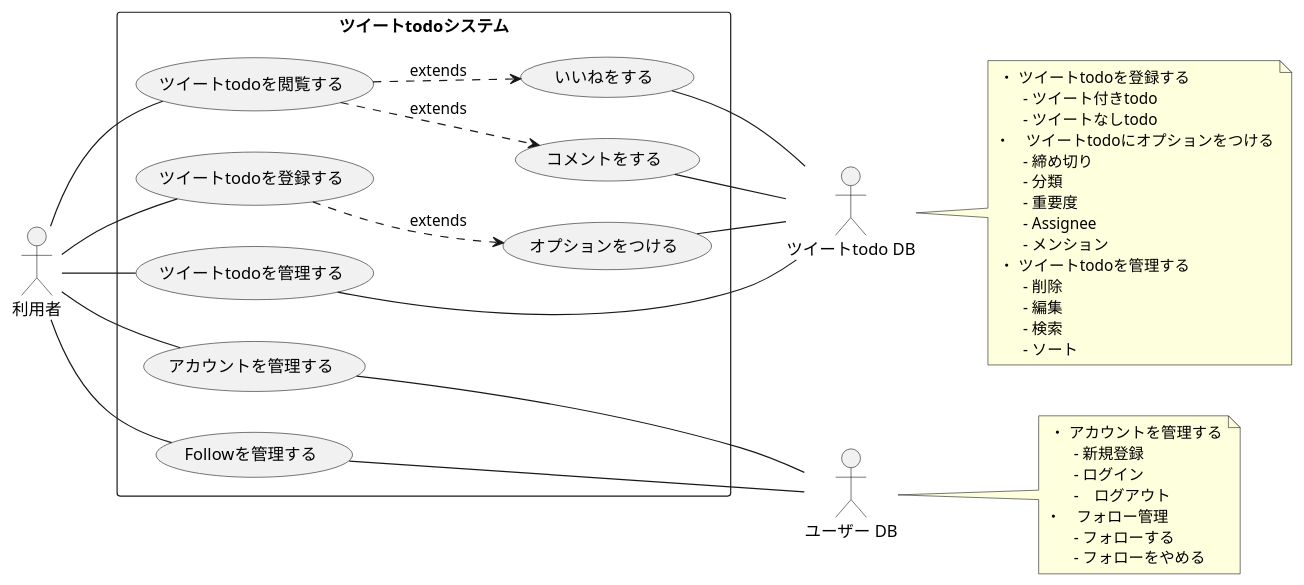
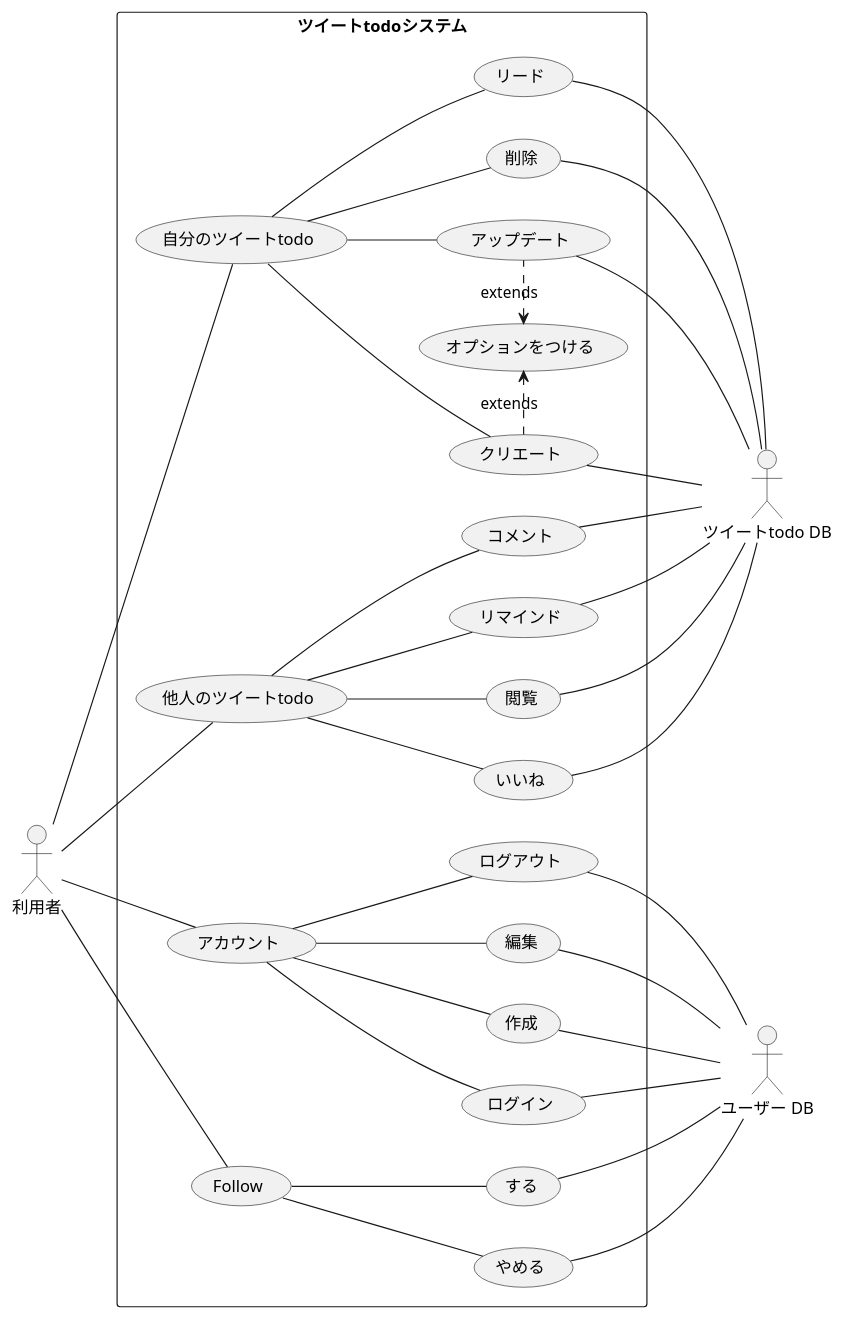
One commit to op19-it-edu/base-docs changed the diagram in use_case.pu. Above: the diagram before and after it, drawn with PlantUML. The commit also changed 2 other files, not shown here.

```diff
--- a/use_case.pu
+++ b/use_case.pu
@@ -1,57 +1,53 @@
 @startuml
 
 left to right direction
 skinparam packageStyle rectangle
 :利用者: as user
 :ツイートtodo DB: as DB_1
 :ユーザー DB: as DB_2
 rectangle ツイートtodoシステム {
-(ツイートtodoを登録する) as (todo_1)
-(オプションをつける) as (todo_1_1)
-(ツイートtodoを閲覧する) as (todo_2)
-(コメントをする) as (todo_2_1)
-(いいねをする) as (todo_2_2)
-(ツイートtodoを管理する) as (todo_3)
-(アカウントを管理する) as (ac1)
-(Followを管理する) as (ac2)
+    (自分のツイートtodo) as (todo_1)
+    (他人のツイートtodo) as (todo_2)
+    (アカウント) as (ac)
+    (Follow) as (fl)
+
     user -- (todo_1)
-    (todo_1) ..> (todo_1_1) : extends
-    (todo_1_1) -- DB_1
+    (todo_1)  -- (クリエート)
+    (クリエート)  -right..> (オプションをつける): extends
+    (クリエート) -- DB_1
+    (todo_1)  -- (アップデート)
+    (アップデート)  -left..> (オプションをつける): extends
+    (アップデート) -- DB_1
+    (todo_1)  -- (リード)
+    (リード) -- DB_1
+    (todo_1)  -- (削除)
+    (削除) -- DB_1
+    
     user -- (todo_2)
-    (todo_2)..> (todo_2_1) : extends
-    (todo_2)..> (todo_2_2) : extends
-    (todo_2_1)-- DB_1
-    (todo_2_2)-- DB_1
-    user - (todo_3)
-    (todo_3)-- DB_1
-    user -- (ac1)
-    (ac1)--- DB_2
-    user -- (ac2)
-    (ac2) --- DB_2
+    (todo_2)  -- (閲覧)
+    (閲覧) -- DB_1
+    (todo_2)  -- (いいね)
+    (いいね) -- DB_1
+    (todo_2)  -- (コメント)
+    (コメント) -- DB_1
+    (todo_2)  -- (リマインド)
+    (リマインド) -- DB_1
+
+    user -- (ac)
+    (ac) -- (作成)
+    (作成) -- DB_2
+    (ac) -- (ログイン)
+    (ログイン) -- DB_2
+    (ac) -- (ログアウト)
+    (ログアウト) -- DB_2
+    (ac) -- (編集)
+    (編集) -- DB_2
+    user -- (fl)
+    (fl) -- (する)
+    (する) -- DB_2
+    (fl) -- (やめる)
+    (やめる) -- DB_2
+    
+
 } 
-note right of (DB_1)
-  ・ ツイートtodoを登録する
-        - ツイート付きtodo
-        - ツイートなしtodo
- ・　ツイートtodoにオプションをつける
-        - 締め切り
-        - 分類
-        - 重要度
-        - Assignee
-        - メンション
-  ・ ツイートtodoを管理する
-        - 削除
-        - 編集
-        - 検索
-        - ソート
-end note
-note right of (DB_2)
-  ・ アカウントを管理する
-        - 新規登録
-        - ログイン
-        -　ログアウト
- ・　フォロー管理
-        - フォローする
-        - フォローをやめる
-end note
 @enduml
```
